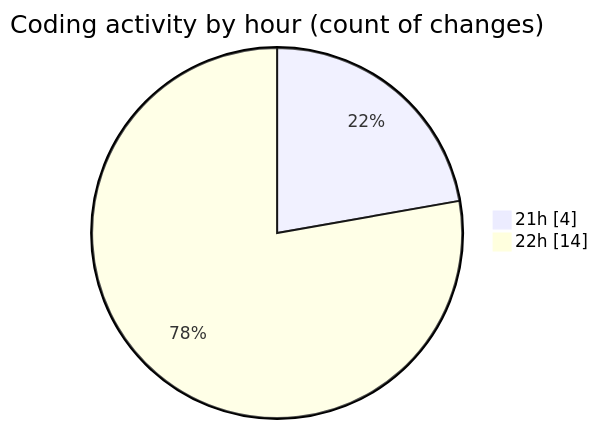
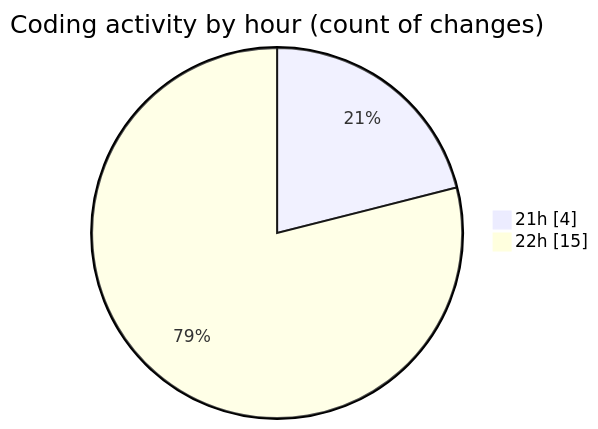
The second of 2 diagrams in 2025-06-17/studio-backend/README.md (idhammustaqopulfikri/code-tracking), drawn with Mermaid before and after one commit. The commit also changed other lines of this file and 1 other file, not shown here.

````diff
--- a/2025-06-17/studio-backend/README.md
+++ b/2025-06-17/studio-backend/README.md
@@ -32,6 +32,6 @@
 ```mermaid
 pie showData
 title Coding activity by hour (count of changes)
 "21h" : 4
-"22h" : 14
+"22h" : 15
 ```
````
